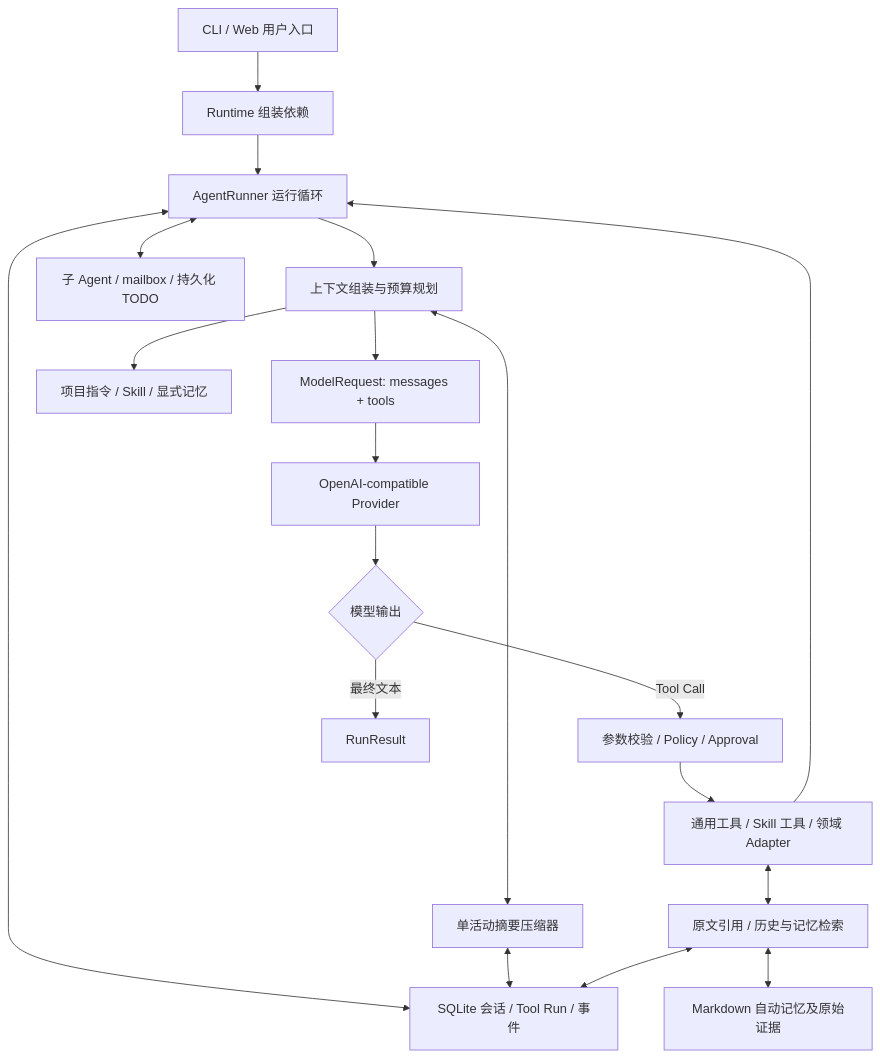
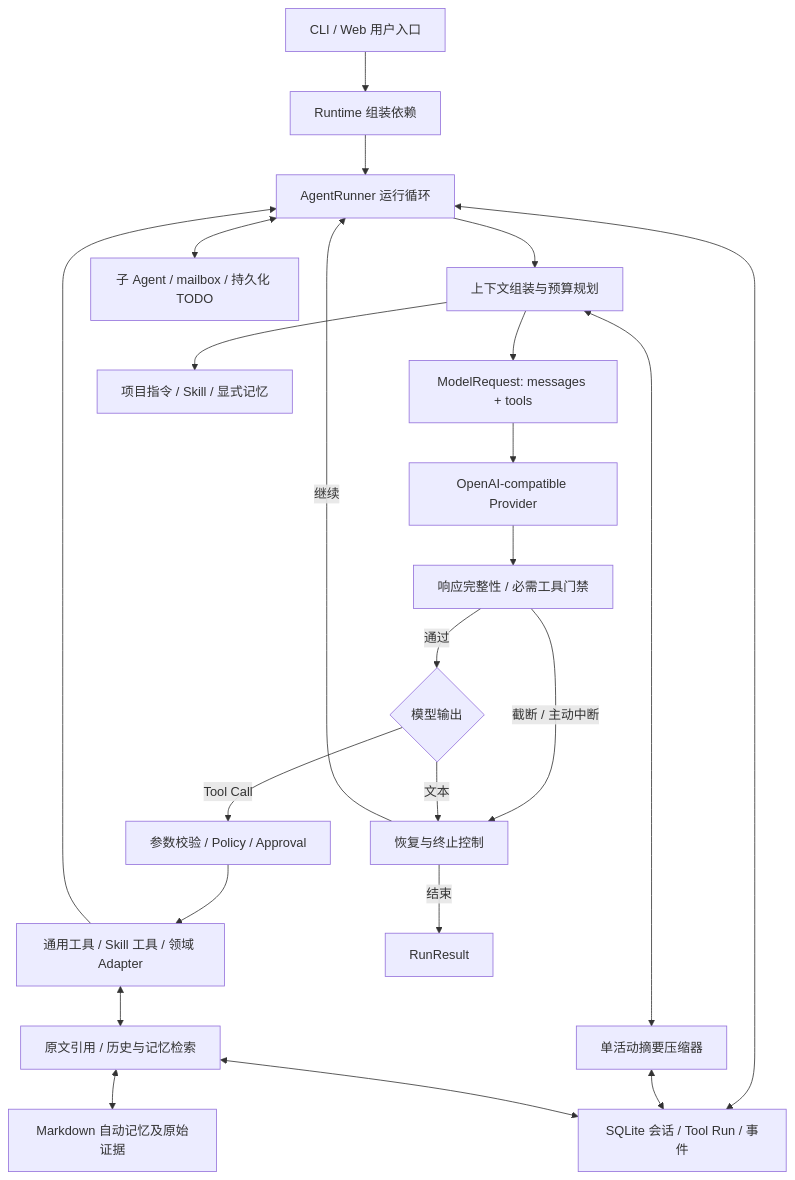
Before and after one commit to hopefuturehu/DevKit-Ai: the diagram in docs/career/context-management-interview-guide.md, drawn with Mermaid. The commit also changed other lines of this file and 5 other files, not shown here.

````diff
--- a/docs/career/context-management-interview-guide.md
+++ b/docs/career/context-management-interview-guide.md
@@ -66,21 +68,25 @@
 ```mermaid
 flowchart TD
     UI[CLI / Web 用户入口] --> Runtime[Runtime 组装依赖]
     Runtime --> Runner[AgentRunner 运行循环]
     Runner --> Context[上下文组装与预算规划]
     Context --> Request[ModelRequest: messages + tools]
     Request --> Provider[OpenAI-compatible Provider]
-    Provider --> Decision{模型输出}
+    Provider --> Check[响应完整性 / 必需工具门禁]
+    Check -->|通过| Decision{模型输出}
+    Check -->|截断 / 主动中断| Finish[恢复与终止控制]
     Decision -->|Tool Call| Gate[参数校验 / Policy / Approval]
     Gate --> Tools[通用工具 / Skill 工具 / 领域 Adapter]
     Tools --> Runner
-    Decision -->|最终文本| Result[RunResult]
+    Decision -->|文本| Finish
+    Finish -->|继续| Runner
+    Finish -->|结束| Result[RunResult]
     Runner <--> Store[SQLite 会话 / Tool Run / 事件]
     Context <--> Compactor[单活动摘要压缩器]
     Compactor <--> Store
     Context --> Sources[项目指令 / Skill / 显式记忆]
     Tools <--> Recall[原文引用 / 历史与记忆检索]
     Recall <--> Store
     Recall <--> Memory[Markdown 自动记忆及原始证据]
     Runner <--> Tasks[子 Agent / mailbox / 持久化 TODO]
 ```
````
